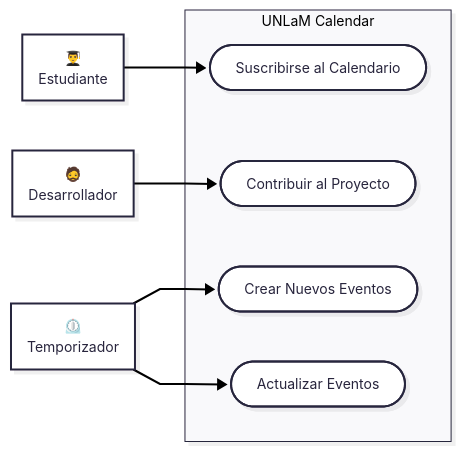
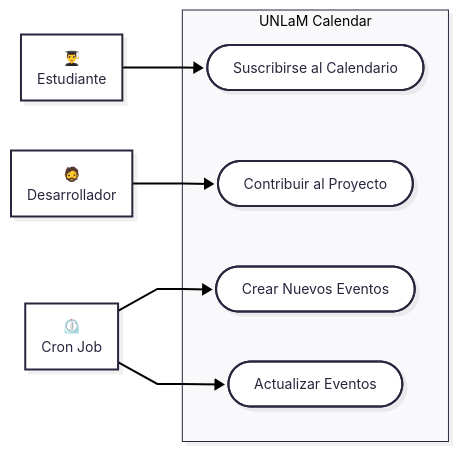
The second of 2 diagrams in .github/docs/README.md (hozlucas28/UNLaM-Calendar), drawn with Mermaid before and after one commit. The commit also changed other lines of this file, not shown here.

Commit message:
docs: update use case specifications

````diff
--- a/.github/docs/README.md
+++ b/.github/docs/README.md
@@ -63,24 +63,24 @@
 ```mermaid
 ---
 config:
   look: neo
   theme: redux
   flowchart:
     curve: linear
     inheritDir: true
     htmlLabels: true
 ---
 
 flowchart LR
 	Student["👨‍🎓<br />Estudiante"] --> UseCase01
 	Contributor["🧔<br />Desarrollador"] --> UseCase02
-	Timer["⏲️<br />Temporizador"] --> UseCase03
-	Timer["⏲️<br />Temporizador"] --> UseCase04
+	CronJob["⏲️<br />Cron Job"] --> UseCase03
+	CronJob["⏲️<br />Cron Job"] --> UseCase04
 
   subgraph "UNLaM Calendar"
 			UseCase01([Suscribirse al Calendario])
 			UseCase02([Contribuir al Proyecto])
 			UseCase03([Crear Nuevos Eventos])
 			UseCase04([Actualizar Eventos])
   end
 ```
````
